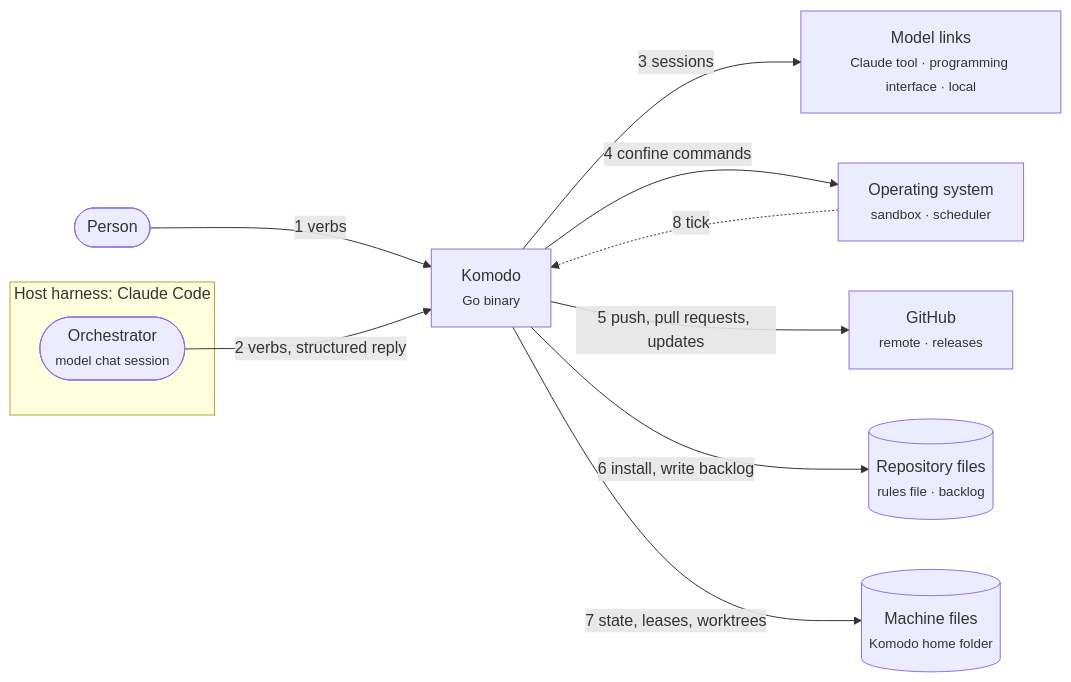
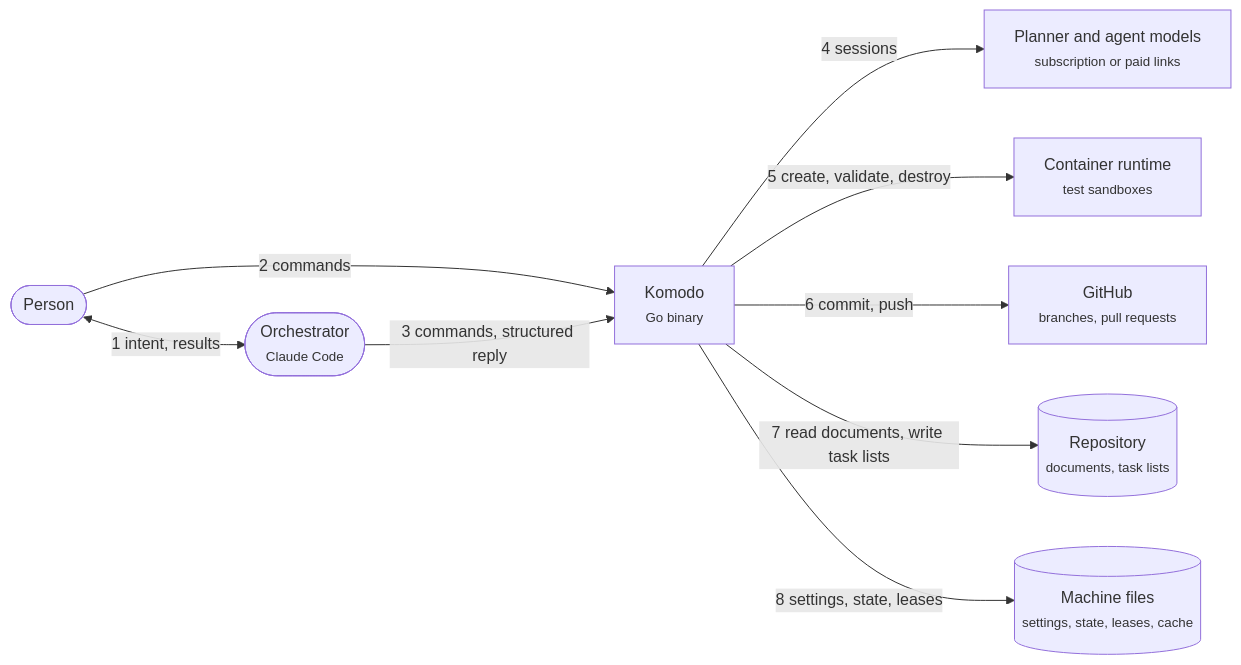
The second of 5 diagrams in docs/hld.md (rdevitto86/komodo-agentic-harness-coding), drawn with Mermaid before and after one commit. The commit also changed other lines of this file and 1 other file, not shown here.

````diff
--- a/docs/hld.md
+++ b/docs/hld.md
@@ -72,21 +73,19 @@
 ```mermaid
 flowchart LR
   H(["Person"]):::actor
-  subgraph HH["Host harness: Claude Code"]
-    O(["Orchestrator<br><small>model chat session</small>"]):::actor
-  end
+  O(["Orchestrator<br><small>Claude Code</small>"]):::actor
   K["Komodo<br><small>Go binary</small>"]:::core
-  M["Model links<br><small>Claude tool · programming interface · local</small>"]:::ext
-  S["Operating system<br><small>sandbox · scheduler</small>"]:::ext
-  G["GitHub<br><small>remote · releases</small>"]:::ext
-  RF[("Repository files<br><small>rules file · backlog</small>")]:::store
-  MF[("Machine files<br><small>Komodo home folder</small>")]:::store
-  H -->|"1 verbs"| K
-  O -->|"2 verbs, structured reply"| K
-  K -->|"3 sessions"| M
-  K -->|"4 confine commands"| S
-  K -->|"5 push, pull requests, updates"| G
-  K -->|"6 install, write backlog"| RF
-  K -->|"7 state, leases, worktrees"| MF
-  S -.->|"8 tick"| K
+  P["Planner and agent models<br><small>subscription or paid links</small>"]:::ext
+  D["Container runtime<br><small>test sandboxes</small>"]:::ext
+  G["GitHub<br><small>branches, pull requests</small>"]:::ext
+  RF[("Repository<br><small>documents, task lists</small>")]:::store
+  MF[("Machine files<br><small>settings, state, leases, cache</small>")]:::store
+  H <-->|"1 intent, results"| O
+  H -->|"2 commands"| K
+  O -->|"3 commands, structured reply"| K
+  K -->|"4 sessions"| P
+  K -->|"5 create, validate, destroy"| D
+  K -->|"6 commit, push"| G
+  K -->|"7 read documents, write task lists"| RF
+  K -->|"8 settings, state, leases"| MF
 ```
````
